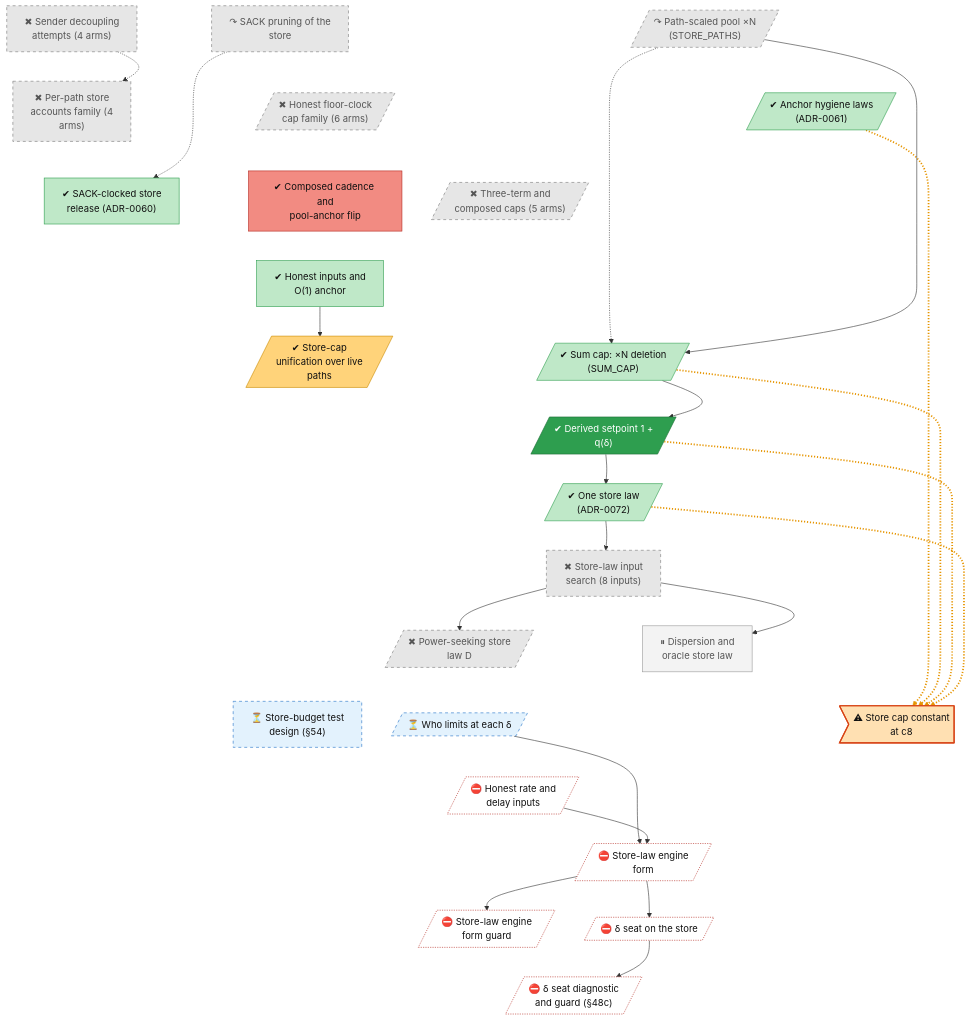
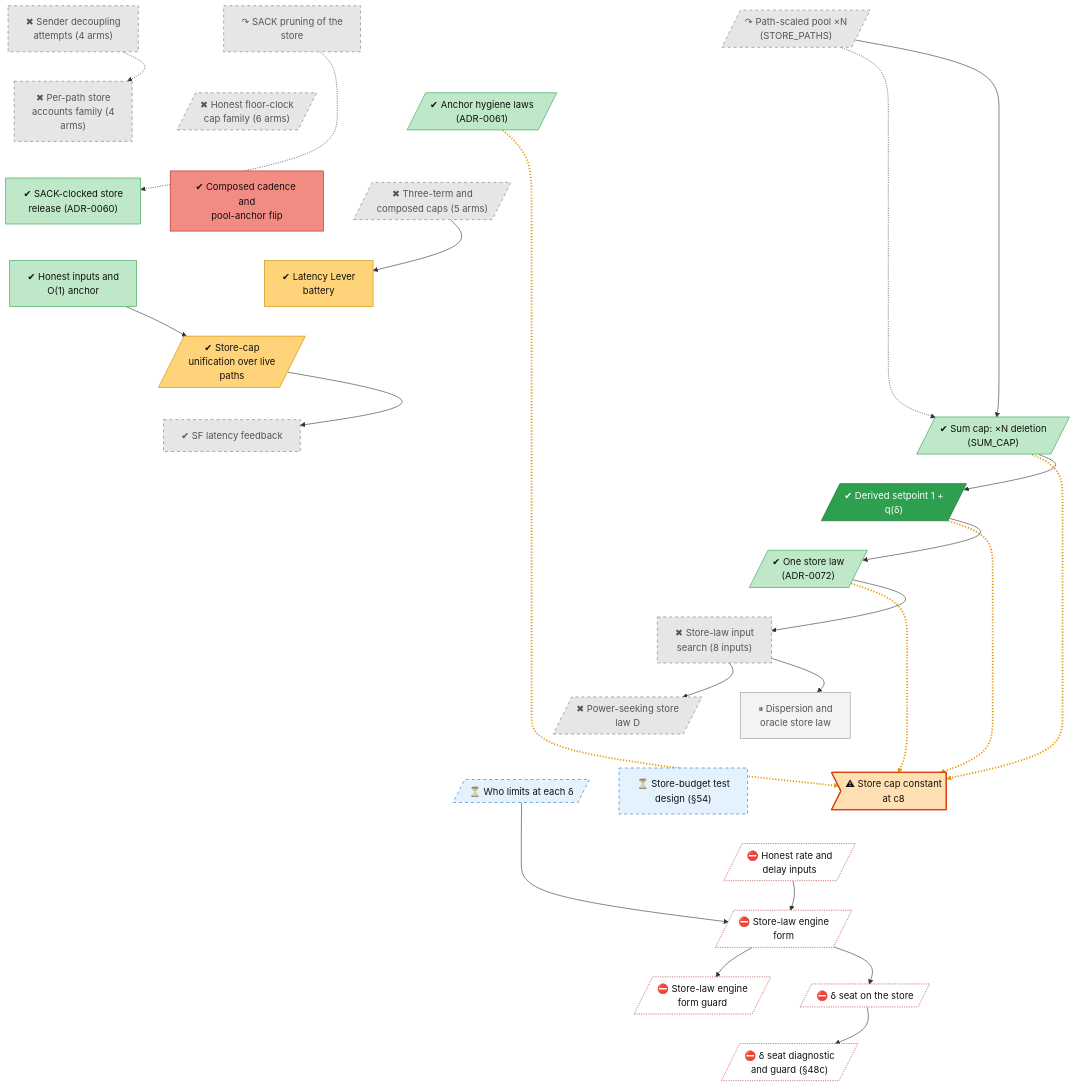
The diagram in docs/roadmap/tracks/store.md (lhns/raptorpath), drawn with Mermaid before and after one commit. The commit also changed other lines of this file and 9 other files, not shown here.

Commit message:
roadmap: fold duplicate August batteries into existing nodes, retrack the rest, verbatim quotes, April folds, old-history overview nodes

```diff
--- a/docs/roadmap/tracks/store.md
+++ b/docs/roadmap/tracks/store.md
@@ -19,7 +19,9 @@
     store_pool_anchor_flip["✔ Composed cadence and<br/>pool-anchor flip"]
     store_three_term[/"✖ Three-term and<br/>composed caps (5 arms)"/]
     store_honest_inputs["✔ Honest inputs and<br/>O(1) anchor"]
+    store_latency_lever["✔ Latency Lever<br/>battery"]
     store_cap_unification[/"✔ Store-cap<br/>unification over live<br/>paths"/]
+    store_sf_latency_feedback["✔ SF latency feedback"]
     store_sum_cap[/"✔ Sum cap: ×N deletion<br/>(SUM_CAP)"/]
     store_delta_cap[/"✔ Derived setpoint 1 +<br/>q(δ)"/]
     store_adr72_one_law[/"✔ One store law<br/>(ADR-0072)"/]
@@ -41,11 +43,13 @@
     store_honest_cap_family ~~~ store_pool_anchor_flip
     store_anchor_hygiene ~~~ store_three_term
     store_sack_release ~~~ store_honest_inputs
-    store_pool_anchor_flip ~~~ store_honest_inputs
-    store_three_term ~~~ store_honest_inputs
+    store_pool_anchor_flip ~~~ store_latency_lever
+    store_three_term ~~~ store_latency_lever
     store_honest_inputs ~~~ store_cap_unification
-    store_honest_inputs ~~~ store_sum_cap
-    store_cap_unification ~~~ store_delta_cap
+    store_latency_lever ~~~ store_cap_unification
+    store_cap_unification ~~~ store_sf_latency_feedback
+    store_cap_unification ~~~ store_sum_cap
+    store_sf_latency_feedback ~~~ store_delta_cap
     store_sum_cap ~~~ store_delta_cap
     store_delta_cap ~~~ store_adr72_one_law
     store_adr72_one_law ~~~ store_input_search
@@ -66,7 +70,9 @@
     store_sack_prune -.-> store_sack_release
     store_xn_pool -.-> store_sum_cap
     store_anchor_hygiene -.-> store_defect_cap_constant
+    store_three_term --> store_latency_lever
     store_honest_inputs --> store_cap_unification
+    store_cap_unification --> store_sf_latency_feedback
     store_xn_pool --> store_sum_cap
     store_sum_cap -.-> store_defect_cap_constant
     store_sum_cap --> store_delta_cap
@@ -81,7 +87,7 @@
     store_engine_form_impl --> store_engine_form_guard
     store_engine_form_impl --> store_delta_seat
     store_delta_seat --> store_s48c_session
-    linkStyle 31,34,36,38 stroke:#e69500,stroke-width:3px,stroke-dasharray:2 3
+    linkStyle 33,38,40,42 stroke:#e69500,stroke-width:3px,stroke-dasharray:2 3
     classDef vsucc fill:#2e9e4f,stroke:#1b6b34,color:#fff
     classDef succ fill:#bfe8c8,stroke:#2e9e4f,color:#111
     classDef mixed fill:#ffd37a,stroke:#c98a00,color:#111
@@ -95,10 +101,10 @@
     classDef userdec fill:#d9c2f0,stroke:#7b3fb5,color:#111
     classDef defect fill:#ffe0b2,stroke:#d84315,stroke-width:2px,color:#111
     classDef waiting fill:#e3f2fd,stroke:#1f6fc5,stroke-dasharray:5 5,color:#111
-    class store_sender_decoupling,store_sack_prune,store_xn_pool,store_percap_family,store_honest_cap_family,store_three_term,store_input_search,store_power_law dead
+    class store_sender_decoupling,store_sack_prune,store_xn_pool,store_percap_family,store_honest_cap_family,store_three_term,store_sf_latency_feedback,store_input_search,store_power_law dead
     class store_anchor_hygiene,store_sack_release,store_honest_inputs,store_sum_cap,store_adr72_one_law succ
     class store_pool_anchor_flip bad
-    class store_cap_unification mixed
+    class store_latency_lever,store_cap_unification mixed
     class store_delta_cap vsucc
     class store_engine_form parked
     class store_w1_who_limits,store_s54_budget waiting
```
